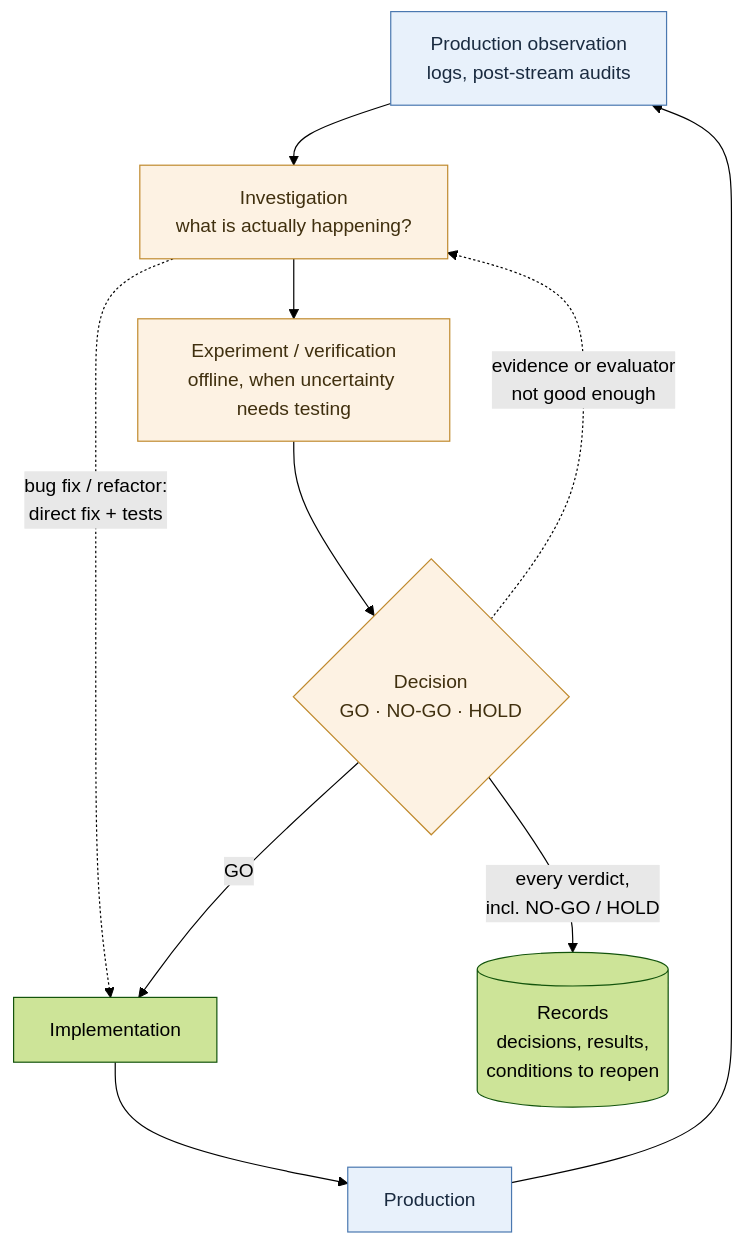
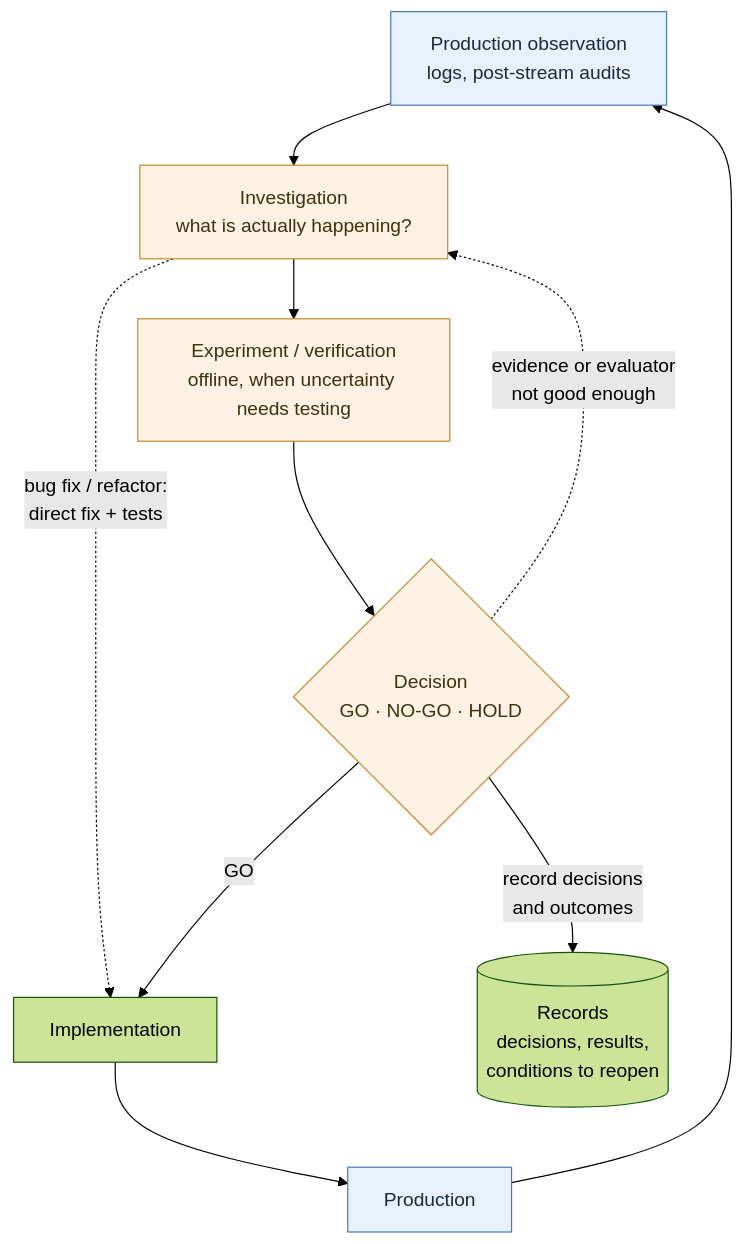
Before and after one commit to exscutz/chiruru-ai-architecture: the diagram in diagrams/evidence-driven-loop.mmd, drawn with Mermaid (forest theme). The commit also changed 1 other file, not shown here.

Commit message:
Tighten case study, verification, and decision-record wording
- Case study: summarize the parity gap as context that was unavailable or
  represented differently in production; drop internal detail and an
  unsupported generalization.
- Verification: select verification and rollback by change type and risk.
- Decision records: Decision Hub aids retrieval across AI sessions without
  mechanical enforcement; do not imply every verdict is recorded. Update the
  matching diagram label in the doc and the .mmd source.

```diff
--- a/diagrams/evidence-driven-loop.mmd
+++ b/diagrams/evidence-driven-loop.mmd
@@ -1,21 +1,21 @@
 %% Chiruru AI - evidence-driven improvement loop
 %% Not every change takes every step. Observation is automated; investigation and decisions involve the owner and AI assistants.
 flowchart TD
     Obs["Production observation<br/>logs, post-stream audits"]
     Inv["Investigation<br/>what is actually happening?"]
     Exp["Experiment / verification<br/>offline, when uncertainty needs testing"]
     Dec{"Decision<br/>GO · NO-GO · HOLD"}
     Impl["Implementation"]
     Prod["Production"]
     Rec[("Records<br/>decisions, results,<br/>conditions to reopen")]
 
     Obs --> Inv --> Exp --> Dec
     Inv -. "bug fix / refactor:<br/>direct fix + tests" .-> Impl
     Dec -->|GO| Impl --> Prod --> Obs
-    Dec -->|"every verdict,<br/>incl. NO-GO / HOLD"| Rec
+    Dec -->|"record decisions<br/>and outcomes"| Rec
     Dec -. "evidence or evaluator<br/>not good enough" .-> Inv
 
     classDef auto fill:#e8f1fb,stroke:#4a78b0,color:#1a2b40
     classDef judge fill:#fdf2e3,stroke:#c08a2e,color:#40300f
     class Obs,Prod auto
     class Inv,Exp,Dec judge
```
